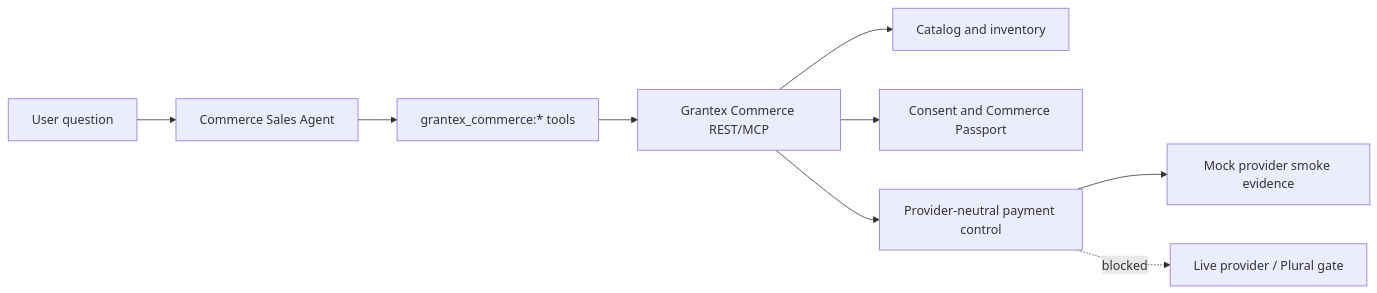
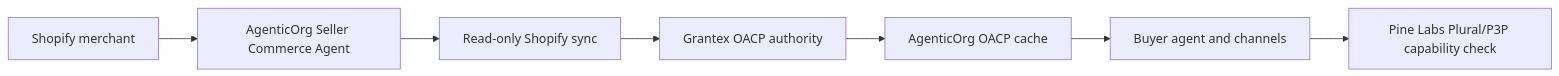
One commit to mishrasanjeev/agentic-org changed the diagram in README.md. Above: the diagram before and after it, drawn with Mermaid. The commit also changed other lines of this file and 36 other files, not shown here.

````diff
--- a/README.md
+++ b/README.md
@@ -37,11 +37,9 @@
 ```mermaid
 flowchart LR
-  user[User question] --> agent[Commerce Sales Agent]
-  agent --> tools[grantex_commerce:* tools]
-  tools --> grantex[Grantex Commerce REST/MCP]
-  grantex --> catalog[Catalog and inventory]
-  grantex --> consent[Consent and Commerce Passport]
-  grantex --> payment[Provider-neutral payment control]
-  payment --> mock[Mock provider smoke evidence]
-  payment -. blocked .-> live[Live provider / Plural gate]
+  merchant[Shopify merchant] --> agentic[AgenticOrg Seller Commerce Agent]
+  agentic --> shopify[Read-only Shopify sync]
+  shopify --> grantex[Grantex OACP authority]
+  grantex --> cache[AgenticOrg OACP cache]
+  cache --> buyer[Buyer agent and channels]
+  buyer --> provider[Pine Labs Plural/P3P capability check]
 ```
````
